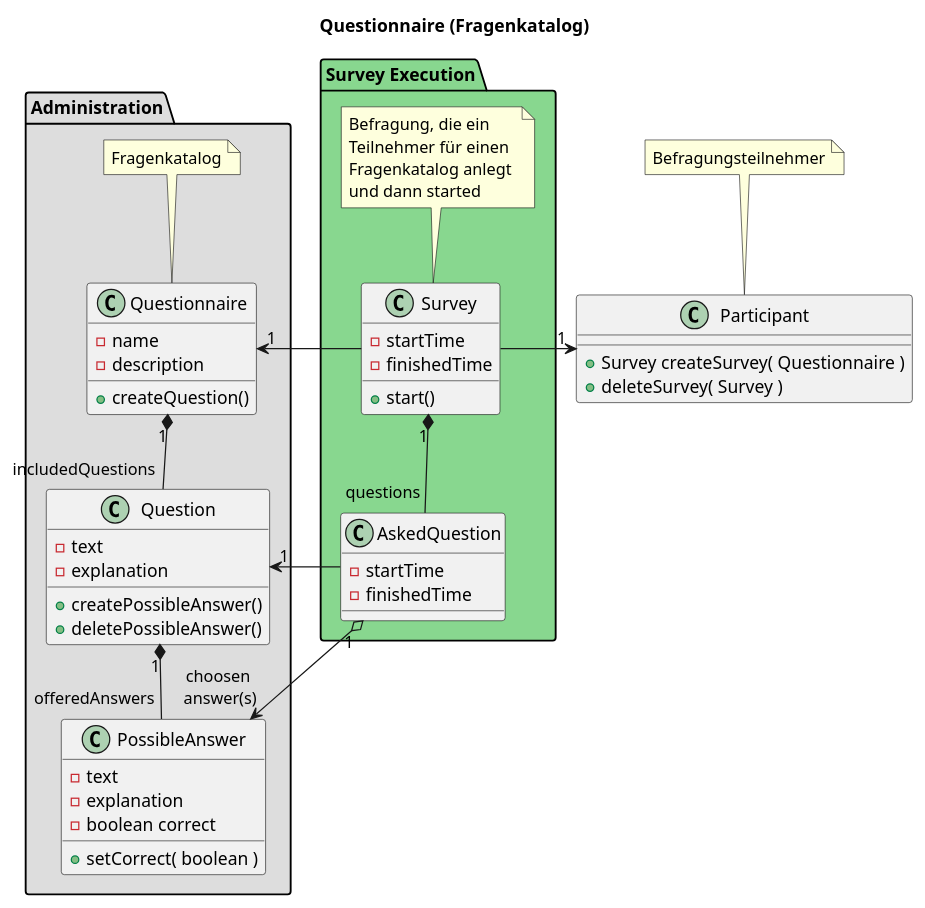
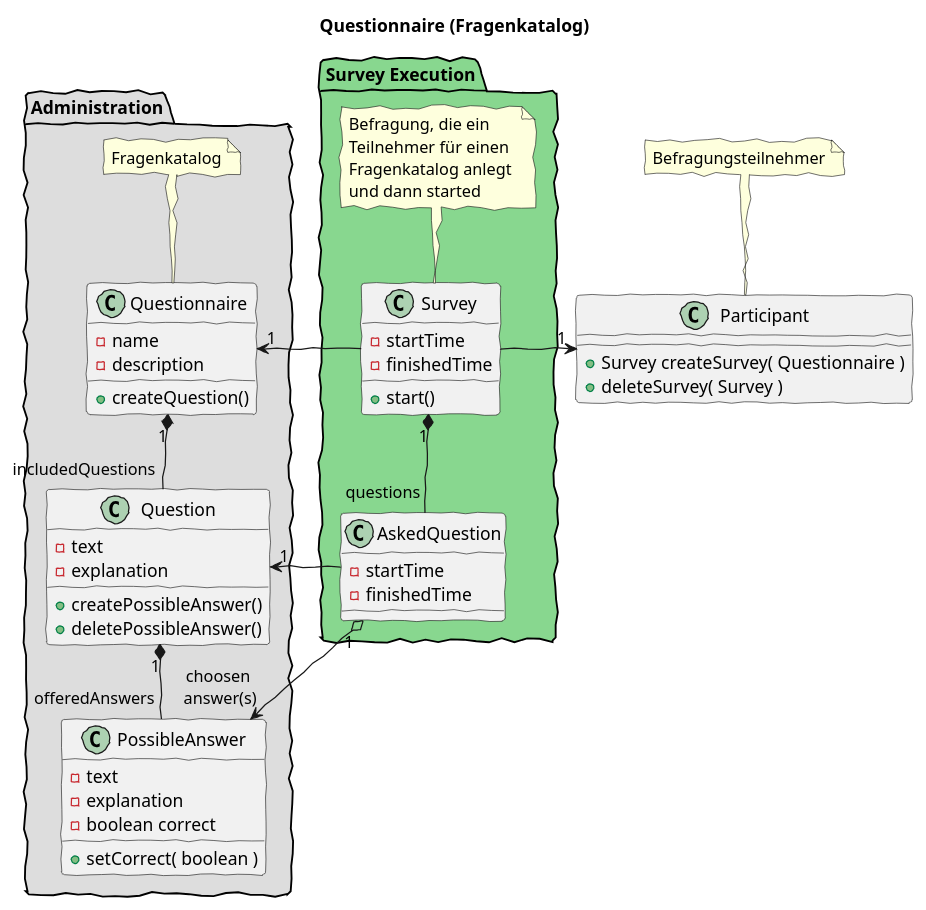
One commit to deimel/profly-pg-questionnaire changed the diagram in Questionnaire.puml. Above: the diagram before and after it, drawn with PlantUML.

Commit message:
plantuml file sketching the idea and Sparcs plugin added

```diff
--- a/Questionnaire.puml
+++ b/Questionnaire.puml
@@ -1,62 +1,63 @@
 @startuml Questionnaire
+skinparam handwritten true
 
 title Questionnaire (Fragenkatalog)
 
 package "Administration" #DDDDDD {
 
   class Questionnaire {
     -name
     -description
     +createQuestion()
   }
   note top: Fragenkatalog
-  
+
   class Question {
     -text
     -explanation
     +createPossibleAnswer()
     +deletePossibleAnswer()
   }
-  
+
   class PossibleAnswer {
     -text
     -explanation
     -boolean correct
     +setCorrect( boolean )
   }
-  
+
   Questionnaire "1" *-down- "includedQuestions" Question
   Question "1" *-down- "offeredAnswers" PossibleAnswer
-  
+
 }
 
 package "Survey Execution" #88D78F {
 
   class Survey {
     -startTime
     -finishedTime
     +start()
   }
-  note top: Befragung, die ein\nTeilnehmer für einen\nFragenkatalog anlegt \nund dann started 
-  
+  note top: Befragung, die ein\nTeilnehmer für einen\nFragenkatalog anlegt \nund dann started
+
   class AskedQuestion {
     -startTime
     -finishedTime
   }
-  
+
   Survey "1" *-- "questions" AskedQuestion
   AskedQuestion -right--> "1" Question
   AskedQuestion "1" o--> "choosen \nanswer(s)" PossibleAnswer
 
 }
 
 class Participant {
   +Survey createSurvey( Questionnaire )
   +deleteSurvey( Survey )
 }
 note top: Befragungsteilnehmer
 
 Survey -right--> "1" Participant
 Survey -left--> "1" Questionnaire
 
 @enduml
```
